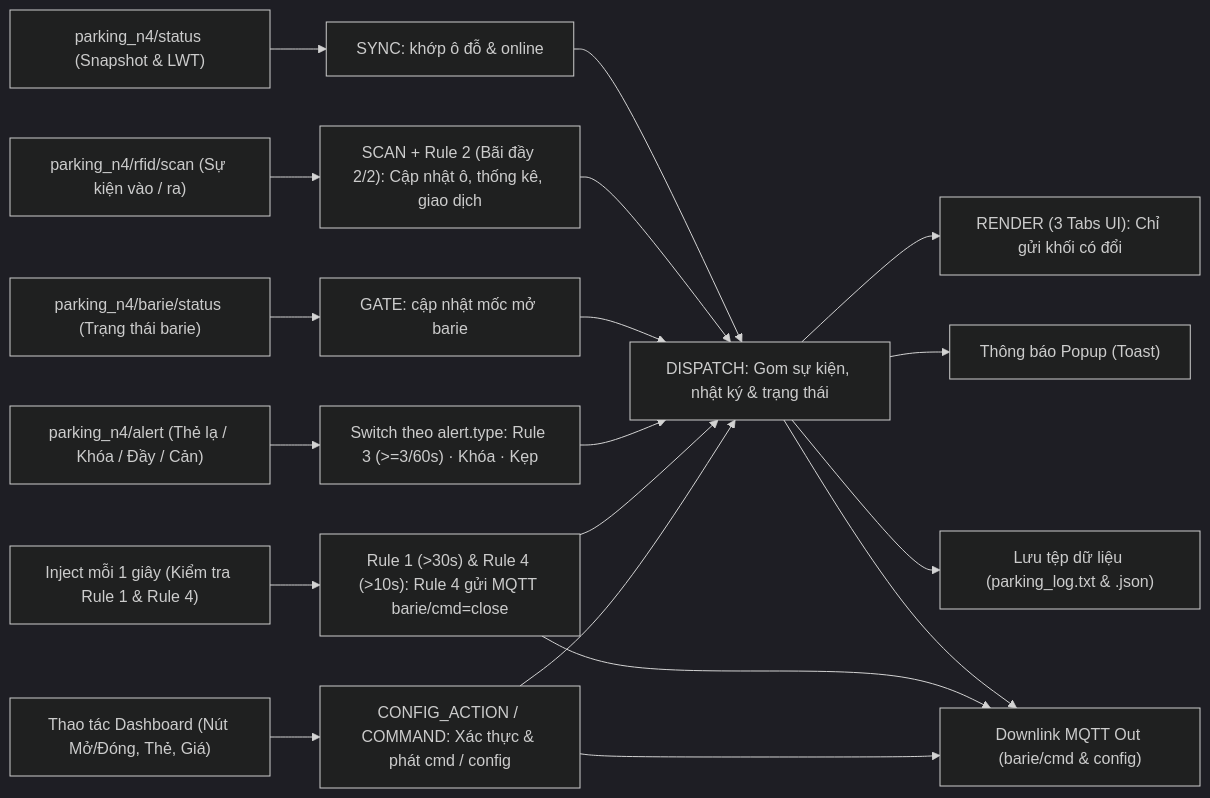
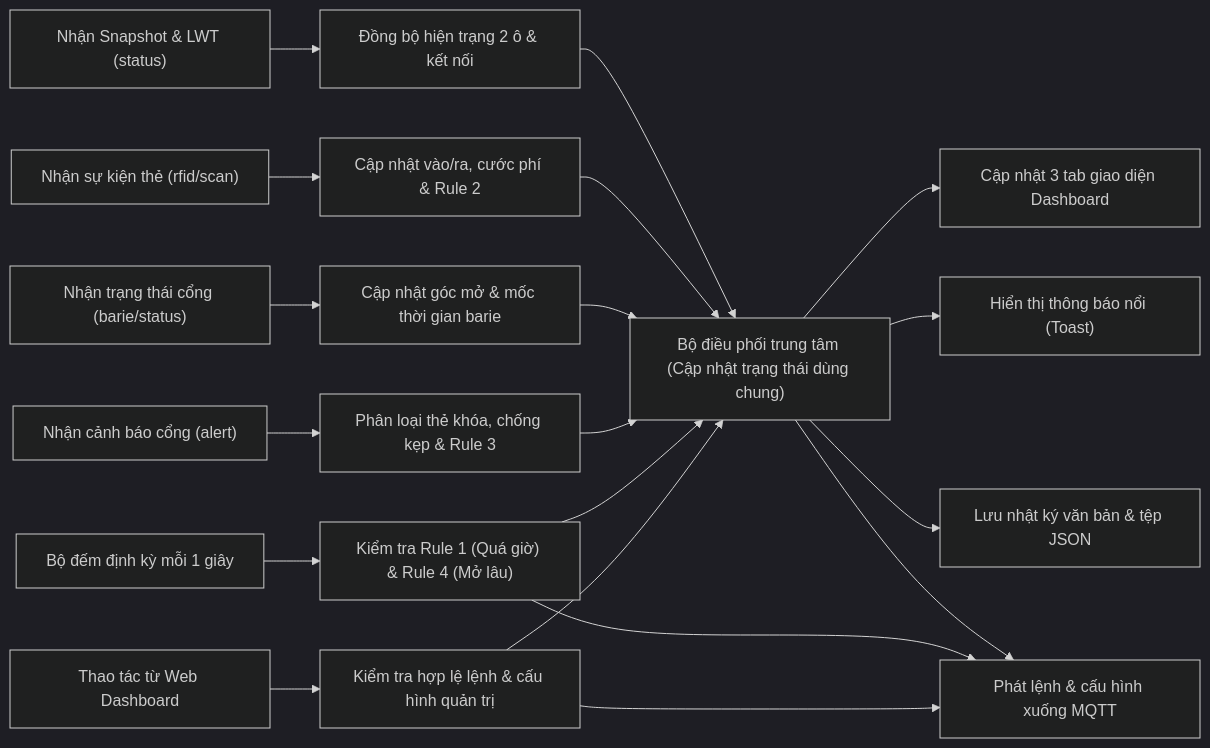
The sixth of 6 diagrams in docs/BAO_CAO_TIEU_LUAN_HOAN_CHINH.md (Tthoong129/IOT_Nhom4), drawn with Mermaid (dark theme) before and after one commit. The commit also changed other lines of this file, not shown here.

````diff
--- a/docs/BAO_CAO_TIEU_LUAN_HOAN_CHINH.md
+++ b/docs/BAO_CAO_TIEU_LUAN_HOAN_CHINH.md
@@ -436,23 +445,23 @@
 ```mermaid
 flowchart LR
-    I1["parking_n4/status (Snapshot & LWT)"] --> H1["SYNC: khớp ô đỗ & online"]
-    I2["parking_n4/rfid/scan (Sự kiện vào / ra)"] --> H2["SCAN + Rule 2 (Bãi đầy 2/2): Cập nhật ô, thống kê, giao dịch"]
-    I3["parking_n4/barie/status (Trạng thái barie)"] --> H3["GATE: cập nhật mốc mở barie"]
-    I4["parking_n4/alert (Thẻ lạ / Khóa / Đầy / Cản)"] --> H4["Switch theo alert.type: Rule 3 (>=3/60s) · Khóa · Kẹp"]
-    I5["Inject mỗi 1 giây (Kiểm tra Rule 1 & Rule 4)"] --> H5["Rule 1 (>30s) & Rule 4 (>10s): Rule 4 gửi MQTT barie/cmd=close"]
-    I6["Thao tác Dashboard (Nút Mở/Đóng, Thẻ, Giá)"] --> H6["CONFIG_ACTION / COMMAND: Xác thực & phát cmd / config"]
+    I1["Nhận Snapshot & LWT (status)"] --> H1["Đồng bộ hiện trạng 2 ô & kết nối"]
+    I2["Nhận sự kiện thẻ (rfid/scan)"] --> H2["Cập nhật vào/ra, cước phí & Rule 2"]
+    I3["Nhận trạng thái cổng (barie/status)"] --> H3["Cập nhật góc mở & mốc thời gian barie"]
+    I4["Nhận cảnh báo cổng (alert)"] --> H4["Phân loại thẻ khóa, chống kẹp & Rule 3"]
+    I5["Bộ đếm định kỳ mỗi 1 giây"] --> H5["Kiểm tra Rule 1 (Quá giờ) & Rule 4 (Mở lâu)"]
+    I6["Thao tác từ Web Dashboard"] --> H6["Kiểm tra hợp lệ lệnh & cấu hình quản trị"]
 
-    H1 --> D["DISPATCH: Gom sự kiện, nhật ký & trạng thái"]
+    H1 --> D["Bộ điều phối trung tâm (Cập nhật trạng thái dùng chung)"]
     H2 --> D
     H3 --> D
     H4 --> D
     H5 --> D
     H6 --> D
 
-    D --> O1["RENDER (3 Tabs UI): Chỉ gửi khối có đổi"]
-    D --> O2["Thông báo Popup (Toast)"]
-    D --> O3["Lưu tệp dữ liệu (parking_log.txt & .json)"]
-    D --> O4["Downlink MQTT Out (barie/cmd & config)"]
+    D --> O1["Cập nhật 3 tab giao diện Dashboard"]
+    D --> O2["Hiển thị thông báo nổi (Toast)"]
+    D --> O3["Lưu nhật ký văn bản & tệp JSON"]
+    D --> O4["Phát lệnh & cấu hình xuống MQTT"]
     H5 --> O4
     H6 --> O4
 ```
````
